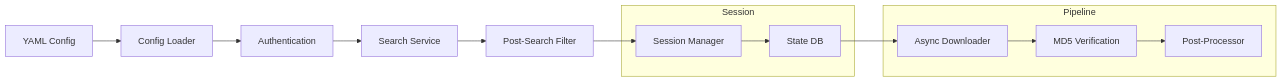
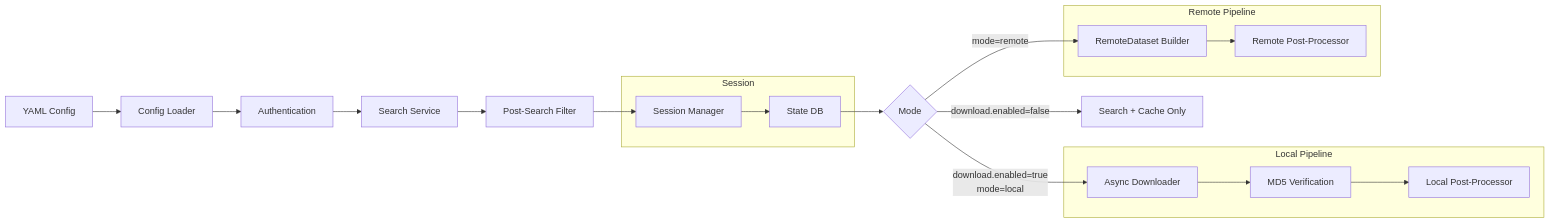
One commit to digital-idiot/eumdac-fetch changed the first of 6 diagrams in docs/architecture.md. Above: the diagram before and after it, drawn with Mermaid. The commit also changed other lines of this file and 14 other files, not shown here.

Commit message:
Bugfix & New Feature * Update unit tests. * Add remote mode and test. * Fix some minor bugs

````diff
--- a/docs/architecture.md
+++ b/docs/architecture.md
@@ -7,23 +7,35 @@
 ```{mermaid}
 flowchart LR
     A[YAML Config] --> B[Config Loader]
     B --> C[Authentication]
     C --> D[Search Service]
     D --> F[Post-Search Filter]
     F --> E[Session Manager]
     E --> G[State DB]
-    G --> H[Async Downloader]
+    G --> M{Mode}
+
+    M -- "download.enabled=true\nmode=local" --> H[Async Downloader]
     H --> I[MD5 Verification]
-    I --> J[Post-Processor]
+    I --> J[Local Post-Processor]
+
+    M -- "mode=remote" --> R[RemoteDataset Builder]
+    R --> RP[Remote Post-Processor]
+
+    M -- "download.enabled=false" --> SC[Search + Cache Only]
 
     subgraph Session
         E
         G
     end
 
-    subgraph Pipeline
+    subgraph "Local Pipeline"
         H
         I
         J
     end
+
+    subgraph "Remote Pipeline"
+        R
+        RP
+    end
 ```
````
